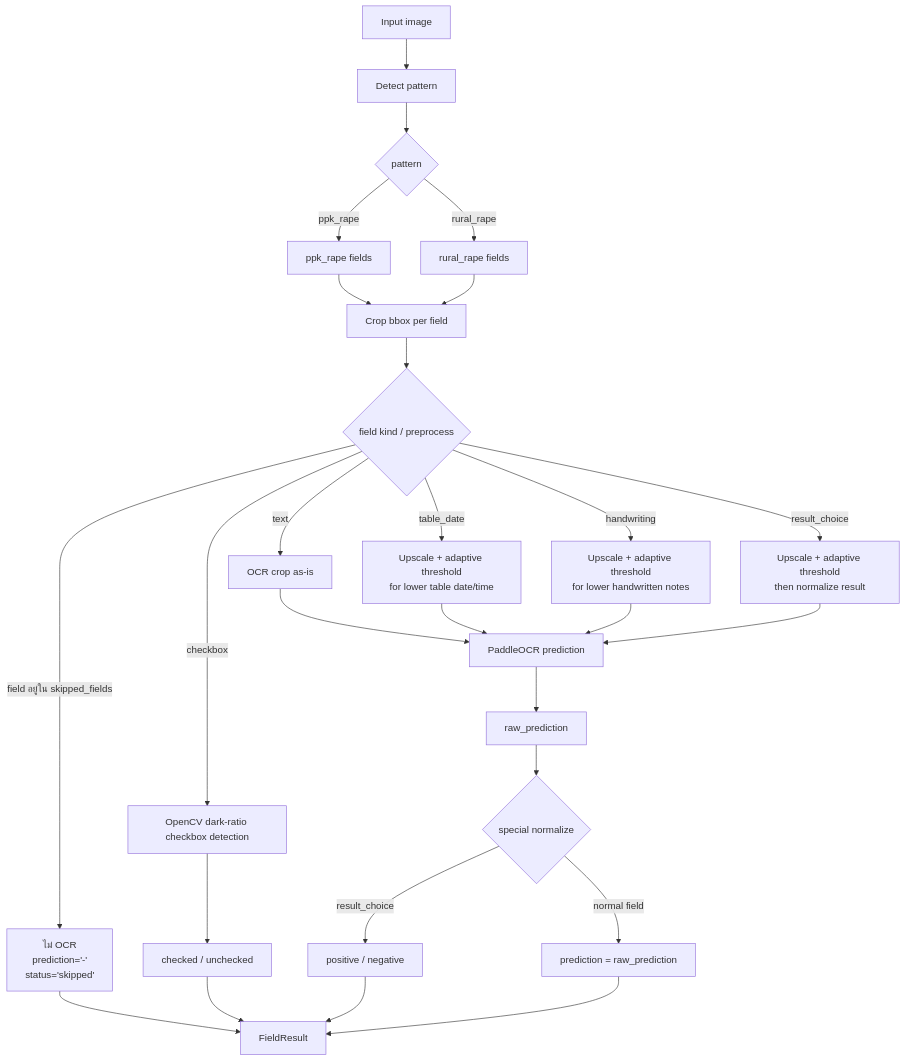
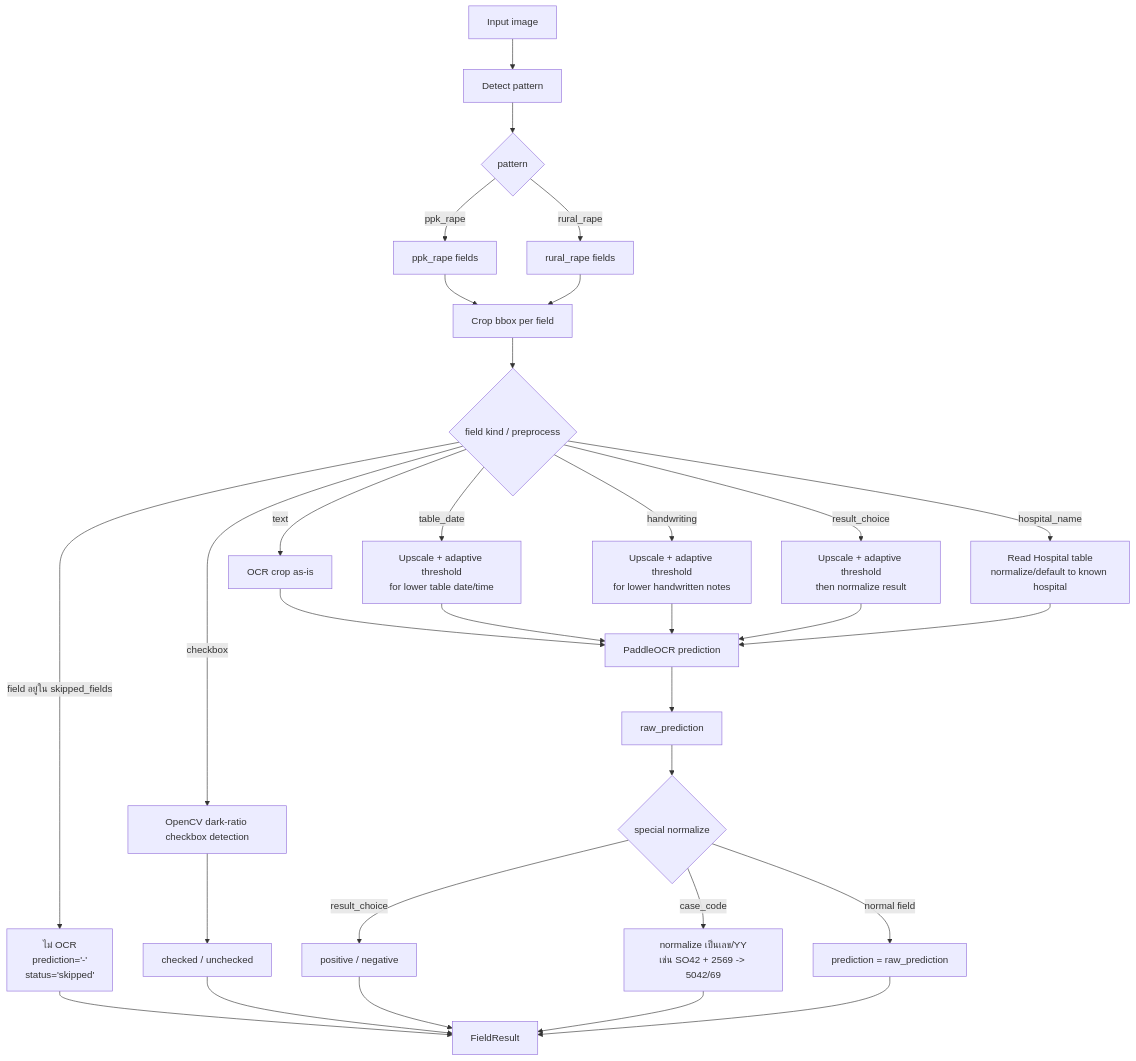
One commit to DoctorKS/Rape_OCR changed the fourth of 9 diagrams in docs/architecture.md. Above: the diagram before and after it, drawn with Mermaid. The commit also changed other lines of this file and 11 other files, not shown here.

````diff
--- a/docs/architecture.md
+++ b/docs/architecture.md
@@ -96,29 +100,33 @@
 ```mermaid
 flowchart TD
     A["Input image"] --> B["Detect pattern"]
     B --> C{"pattern"}
     C -->|"ppk_rape"| D["ppk_rape fields"]
     C -->|"rural_rape"| E["rural_rape fields"]
     D --> F["Crop bbox per field"]
     E --> F
     F --> G{"field kind / preprocess"}
     G -->|"field อยู่ใน skipped_fields"| X["ไม่ OCR\nprediction='-'\nstatus='skipped'"]
     G -->|"text"| H["OCR crop as-is"]
     G -->|"checkbox"| I["OpenCV dark-ratio checkbox detection"]
     G -->|"table_date"| J["Upscale + adaptive threshold\nfor lower table date/time"]
     G -->|"handwriting"| K["Upscale + adaptive threshold\nfor lower handwritten notes"]
     G -->|"result_choice"| L["Upscale + adaptive threshold\nthen normalize result"]
+    G -->|"hospital_name"| Z["Read Hospital table\nnormalize/default to known hospital"]
     H --> M["PaddleOCR prediction"]
     J --> M
     K --> M
     L --> M
+    Z --> M
     I --> N["checked / unchecked"]
     X --> S["FieldResult"]
     M --> O["raw_prediction"]
     O --> P{"special normalize"}
     P -->|"result_choice"| Q["positive / negative"]
+    P -->|"case_code"| Y["normalize เป็นเลข/YY\nเช่น SO42 + 2569 -> 5042/69"]
     P -->|"normal field"| R["prediction = raw_prediction"]
     N --> S["FieldResult"]
     Q --> S
+    Y --> S
     R --> S
 ```
````
